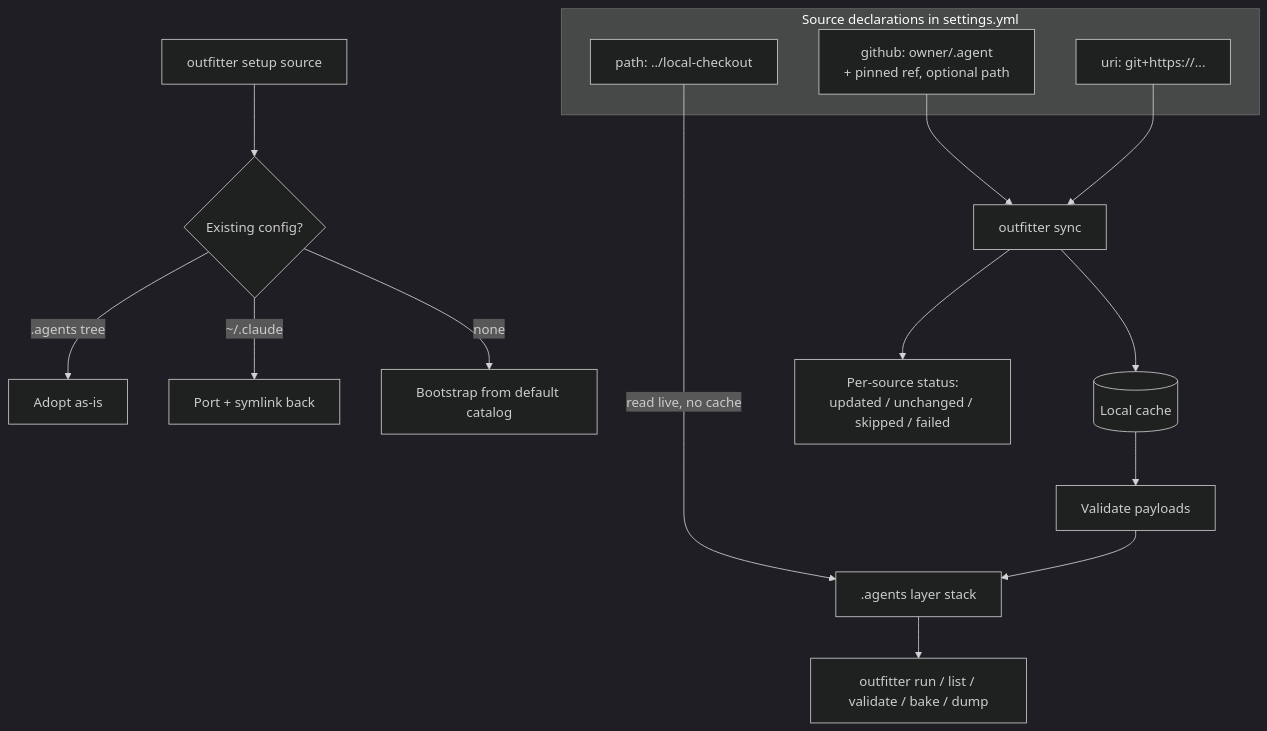
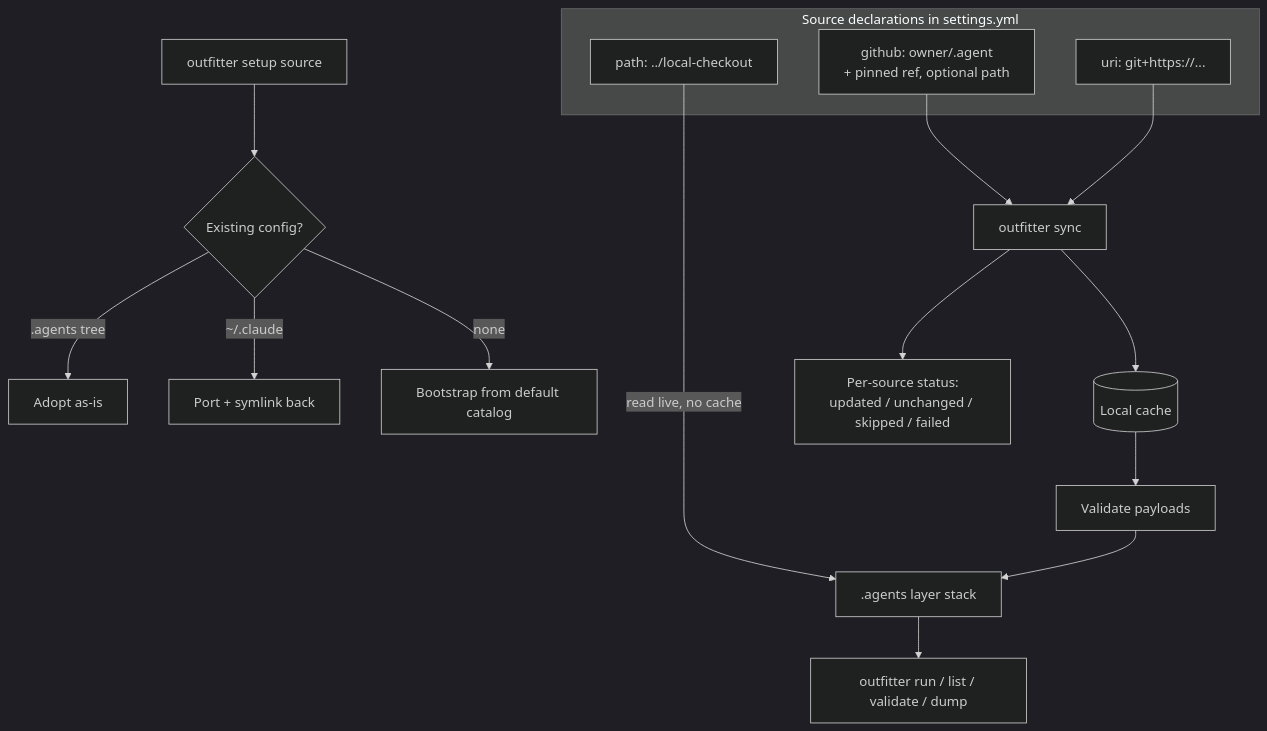
Before and after one commit to ai-outfitter/outfitter: the third of 3 diagrams in docs/architecture/diagrams.md, drawn with Mermaid (dark theme). The commit also changed other lines of this file and 18 other files, not shown here.

````diff
--- a/docs/architecture/diagrams.md
+++ b/docs/architecture/diagrams.md
@@ -80,22 +78,22 @@
 ```mermaid
 flowchart TB
   subgraph declare [Source declarations in settings.yml]
     GH[github: owner/.agent<br>+ pinned ref, optional path]
     URI[uri: git+https://...]
     PATH[path: ../local-checkout]
   end
 
   SETUP[outfitter setup source] --> DETECT{Existing config?}
   DETECT -->|.agents tree| ADOPT[Adopt as-is]
   DETECT -->|~/.claude| PORT[Port + symlink back]
   DETECT -->|none| ONBOARD[Bootstrap from default catalog]
 
   GH --> SYNCOP[outfitter sync]
   URI --> SYNCOP
   SYNCOP --> CACHE[(Local cache)]
   SYNCOP --> STATUS[Per-source status:<br>updated / unchanged / skipped / failed]
   CACHE --> VALIDATE[Validate payloads]
   PATH -->|read live, no cache| LAYERS
   VALIDATE --> LAYERS[.agents layer stack]
-  LAYERS --> RUN[outfitter run / list / validate / bake / dump]
+  LAYERS --> RUN[outfitter run / list / validate / dump]
 ```
````
